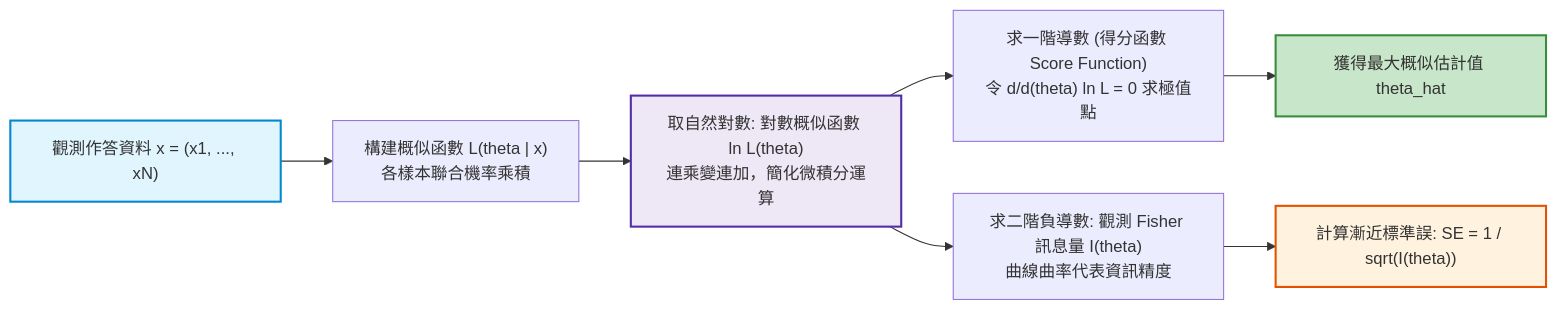
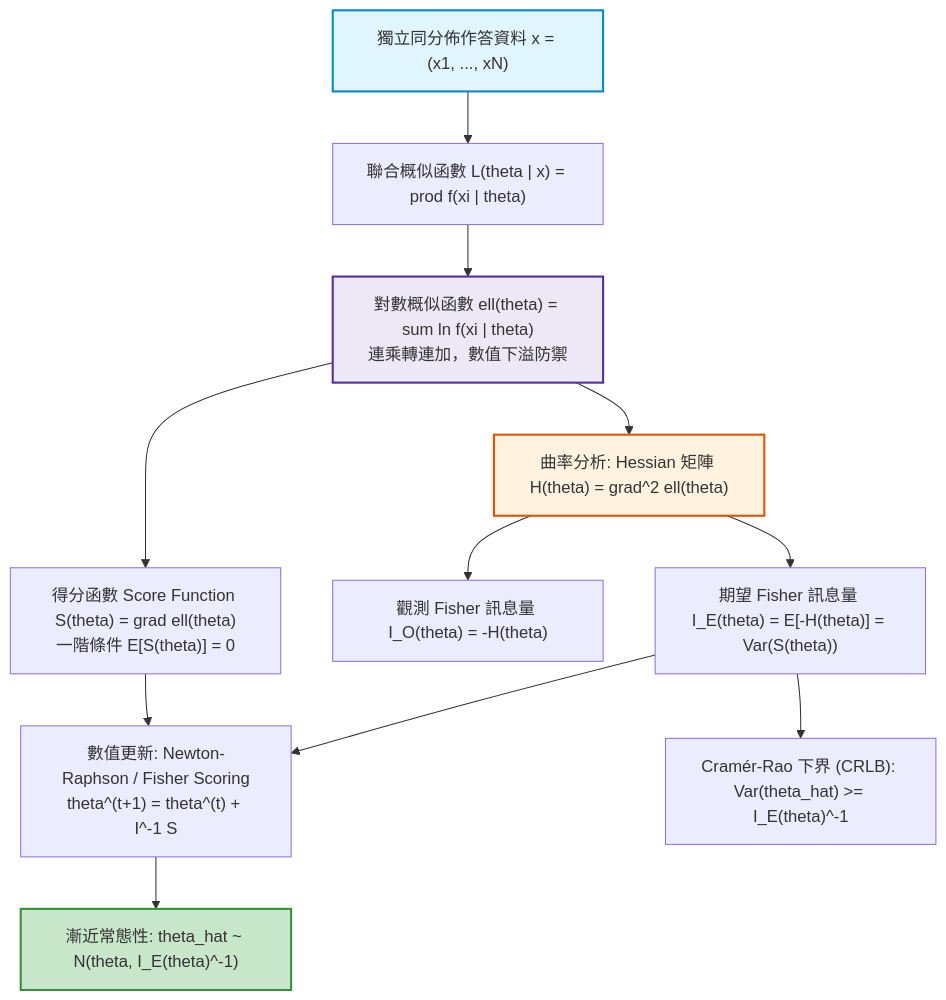
The first of 3 diagrams in book/Chapter_08_MLE_and_Tidy_Inference.md (allen19970828/modern-r-psychometrics), drawn with Mermaid before and after one commit. The commit also changed other lines of this file and 36 other files, not shown here.

````diff
--- a/book/Chapter_08_MLE_and_Tidy_Inference.md
+++ b/book/Chapter_08_MLE_and_Tidy_Inference.md
@@ -13,14 +11,17 @@
 ```mermaid
-flowchart LR
-    ObsData["觀測作答資料 x = (x1, ..., xN)"] --> Likelihood["構建概似函數 L(theta | x)\n各樣本聯合機率乘積"]
-    Likelihood --> LogLike["取自然對數: 對數概似函數 ln L(theta)\n連乘變連加，簡化微積分運算"]
-    LogLike --> ScoreFunc["求一階導數 (得分函數 Score Function)\n令 d/d(theta) ln L = 0 求極值點"]
-    ScoreFunc --> MLE["獲得最大概似估計值 theta_hat"]
-    LogLike --> Hessian["求二階負導數: 觀測 Fisher 訊息量 I(theta)\n曲線曲率代表資訊精度"]
-    Hessian --> SE["計算漸近標準誤: SE = 1 / sqrt(I(theta))"]
+flowchart TD
+    Data["獨立同分佈作答資料 x = (x1, ..., xN)"] --> Likelihood["聯合概似函數 L(theta | x) = prod f(xi | theta)"]
+    Likelihood --> LogLike["對數概似函數 ell(theta) = sum ln f(xi | theta)\n連乘轉連加，數值下溢防禦"]
+    LogLike --> Score["得分函數 Score Function S(theta) = grad ell(theta)\n一階條件 E[S(theta)] = 0"]
+    LogLike --> Curvature["曲率分析: Hessian 矩陣 H(theta) = grad^2 ell(theta)"]
+    Curvature --> ObservedInfo["觀測 Fisher 訊息量 I_O(theta) = -H(theta)"]
+    Curvature --> ExpectedInfo["期望 Fisher 訊息量 I_E(theta) = E[-H(theta)] = Var(S(theta))"]
+    Score & ExpectedInfo --> Optimization["數值更新: Newton-Raphson / Fisher Scoring\ntheta^(t+1) = theta^(t) + I^-1 S"]
+    ExpectedInfo --> CRLB["Cramér-Rao 下界 (CRLB): Var(theta_hat) >= I_E(theta)^-1"]
+    Optimization --> Asymptotics["漸近常態性: theta_hat ~ N(theta, I_E(theta)^-1)"]
 
-    style ObsData fill:#e1f5fe,stroke:#0288d1,stroke-width:2px
+    style Data fill:#e1f5fe,stroke:#0288d1,stroke-width:2px
     style LogLike fill:#ede7f6,stroke:#512da8,stroke-width:2px
-    style MLE fill:#c8e6c9,stroke:#388e3c,stroke-width:2px
-    style SE fill:#fff3e0,stroke:#e65100,stroke-width:2px
+    style Curvature fill:#fff3e0,stroke:#e65100,stroke-width:2px
+    style Asymptotics fill:#c8e6c9,stroke:#388e3c,stroke-width:2px
 ```
````
